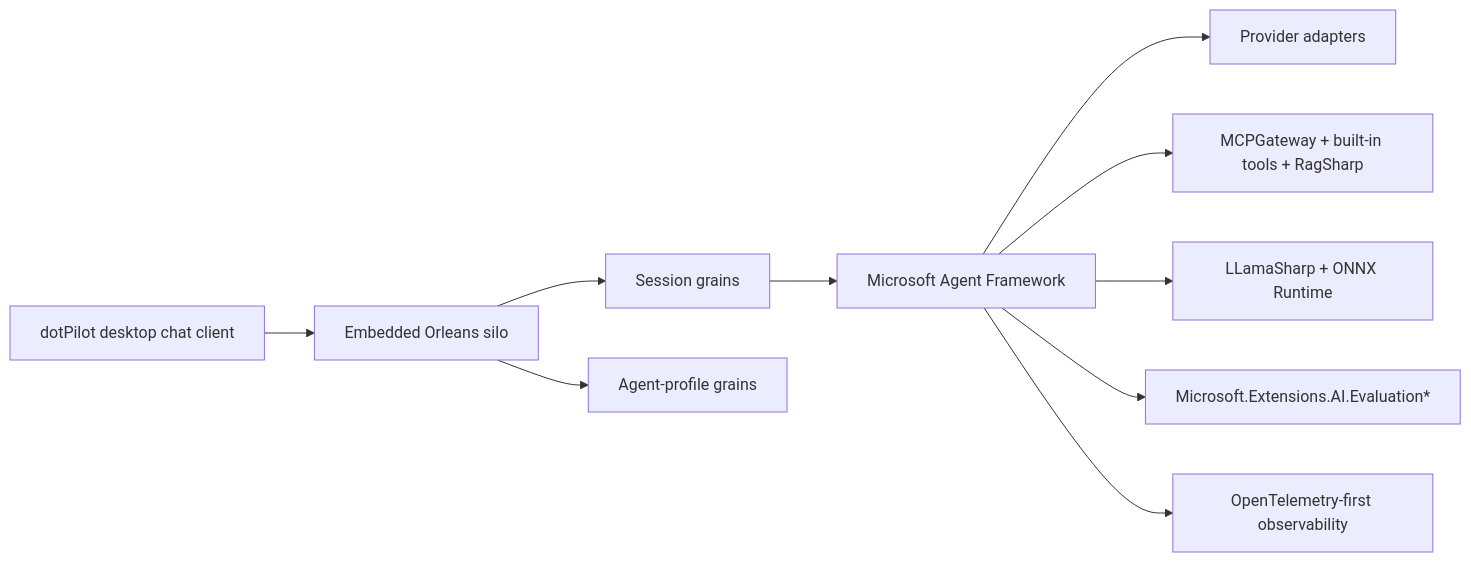
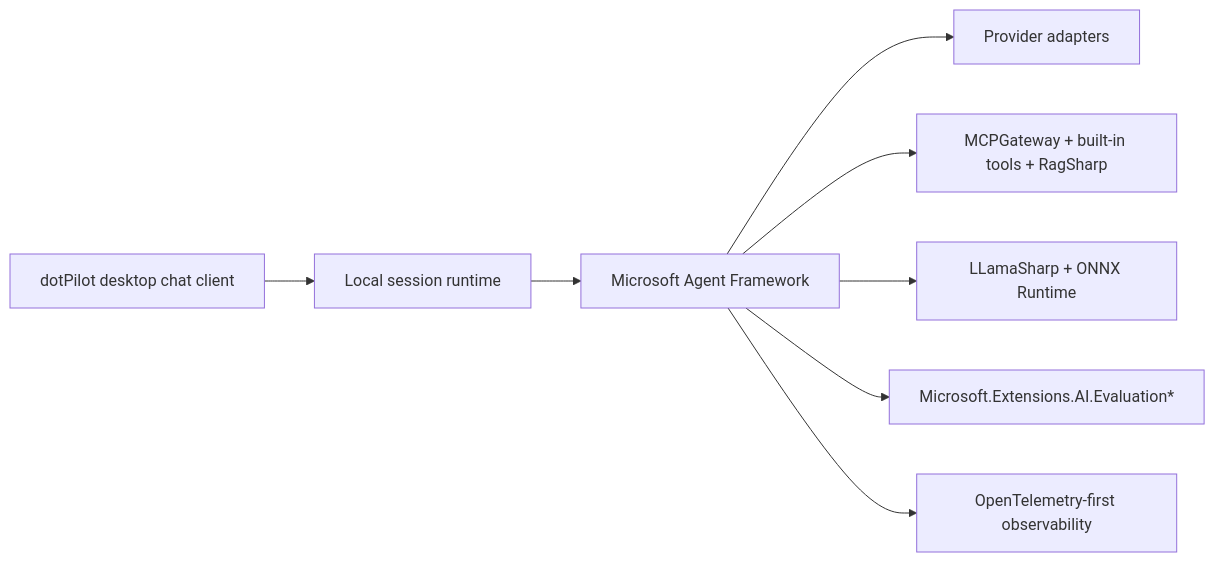
One commit to managedcode/dotPilot changed the diagram in docs/ADR/ADR-0001-agent-control-plane-architecture.md. Above: the diagram before and after it, drawn with Mermaid. The commit also changed other lines of this file and 61 other files, not shown here.

````diff
--- a/docs/ADR/ADR-0001-agent-control-plane-architecture.md
+++ b/docs/ADR/ADR-0001-agent-control-plane-architecture.md
@@ -43,23 +42,19 @@
 ```mermaid
 flowchart LR
   Client["dotPilot desktop chat client"]
-  Silo["Embedded Orleans silo"]
-  Session["Session grains"]
-  AgentProfiles["Agent-profile grains"]
+  Runtime["Local session runtime"]
   MAF["Microsoft Agent Framework"]
   Providers["Provider adapters"]
   Tools["MCPGateway + built-in tools + RagSharp"]
   Local["LLamaSharp + ONNX Runtime"]
   Eval["Microsoft.Extensions.AI.Evaluation*"]
   OTel["OpenTelemetry-first observability"]
 
-  Client --> Silo
-  Silo --> Session
-  Silo --> AgentProfiles
-  Session --> MAF
+  Client --> Runtime
+  Runtime --> MAF
   MAF --> Providers
   MAF --> Tools
   MAF --> Local
   MAF --> Eval
   MAF --> OTel
 ```
````
